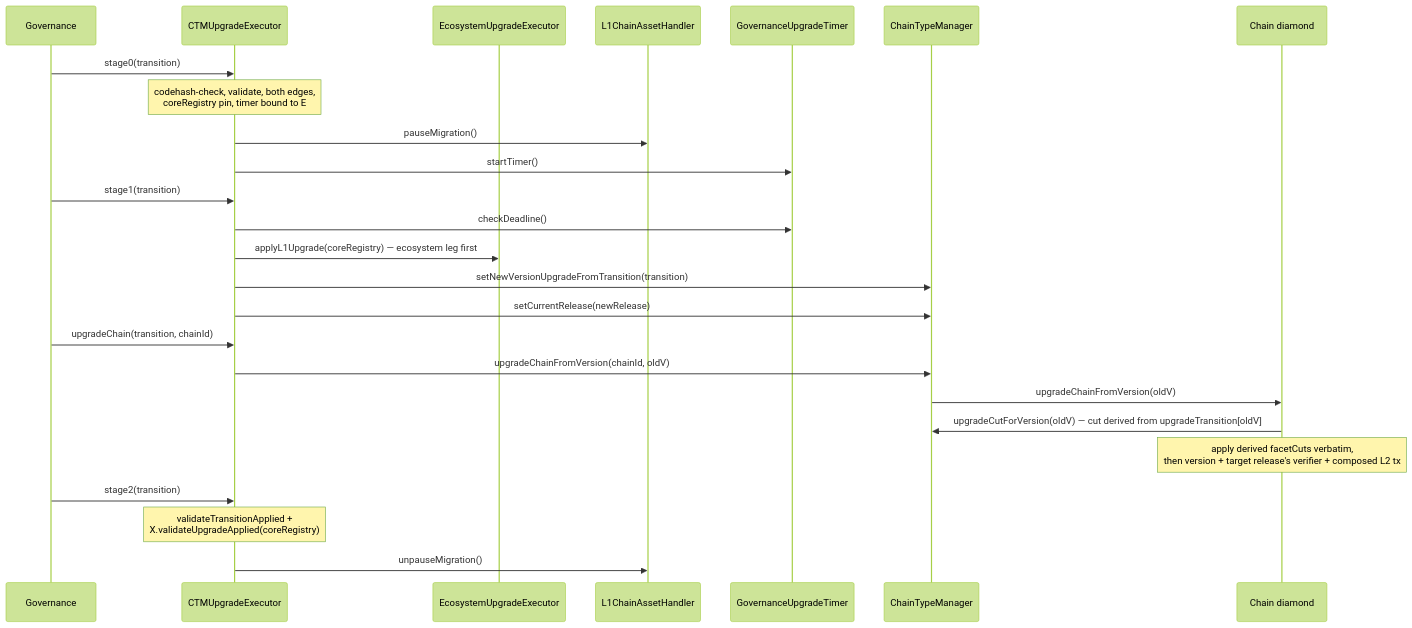
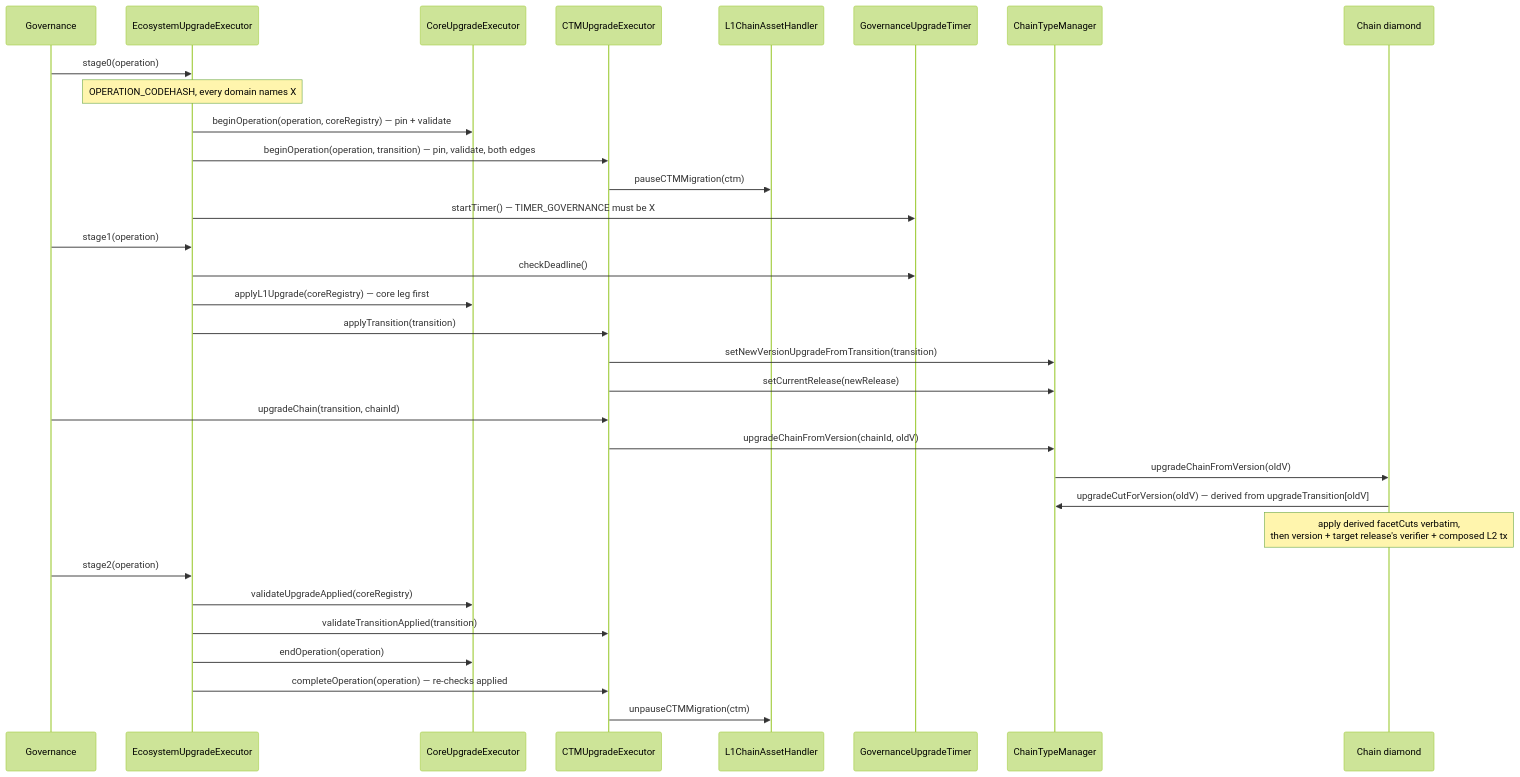
The third of 3 diagrams in docs/registry-driven-upgrades.md (matter-labs/era-contracts), drawn with Mermaid (forest theme) before and after one commit. The commit also changed other lines of this file and 8 other files, not shown here.

First line of the commit message:
docs(upgrades): one architecture doc, one runbook, one coordinator spec

````diff
--- a/docs/registry-driven-upgrades.md
+++ b/docs/registry-driven-upgrades.md
@@ -386,28 +329,35 @@
 ```mermaid
 sequenceDiagram
     participant G as Governance
+    participant X as EcosystemUpgradeExecutor
+    participant CO as CoreUpgradeExecutor
     participant E as CTMUpgradeExecutor
-    participant X as EcosystemUpgradeExecutor
     participant H as L1ChainAssetHandler
     participant T as GovernanceUpgradeTimer
     participant C as ChainTypeManager
     participant D as Chain diamond
 
-    G->>E: stage0(transition)
-    Note over E: codehash-check, validate, both edges,<br/>coreRegistry pin, timer bound to E
-    E->>H: pauseMigration()
-    E->>T: startTimer()
-    G->>E: stage1(transition)
-    E->>T: checkDeadline()
-    E->>X: applyL1Upgrade(coreRegistry) — ecosystem leg first
+    G->>X: stage0(operation)
+    Note over X: OPERATION_CODEHASH, every domain names X
+    X->>CO: beginOperation(operation, coreRegistry) — pin + validate
+    X->>E: beginOperation(operation, transition) — pin, validate, both edges
+    E->>H: pauseCTMMigration(ctm)
+    X->>T: startTimer() — TIMER_GOVERNANCE must be X
+    G->>X: stage1(operation)
+    X->>T: checkDeadline()
+    X->>CO: applyL1Upgrade(coreRegistry) — core leg first
+    X->>E: applyTransition(transition)
     E->>C: setNewVersionUpgradeFromTransition(transition)
     E->>C: setCurrentRelease(newRelease)
     G->>E: upgradeChain(transition, chainId)
     E->>C: upgradeChainFromVersion(chainId, oldV)
     C->>D: upgradeChainFromVersion(oldV)
-    D->>C: upgradeCutForVersion(oldV) — cut derived from upgradeTransition[oldV]
+    D->>C: upgradeCutForVersion(oldV) — derived from upgradeTransition[oldV]
     Note over D: apply derived facetCuts verbatim,<br/>then version + target release's verifier + composed L2 tx
-    G->>E: stage2(transition)
-    Note over E: validateTransitionApplied +<br/>X.validateUpgradeApplied(coreRegistry)
-    E->>H: unpauseMigration()
+    G->>X: stage2(operation)
+    X->>CO: validateUpgradeApplied(coreRegistry)
+    X->>E: validateTransitionApplied(transition)
+    X->>CO: endOperation(operation)
+    X->>E: completeOperation(operation) — re-checks applied
+    E->>H: unpauseCTMMigration(ctm)
 ```
````
